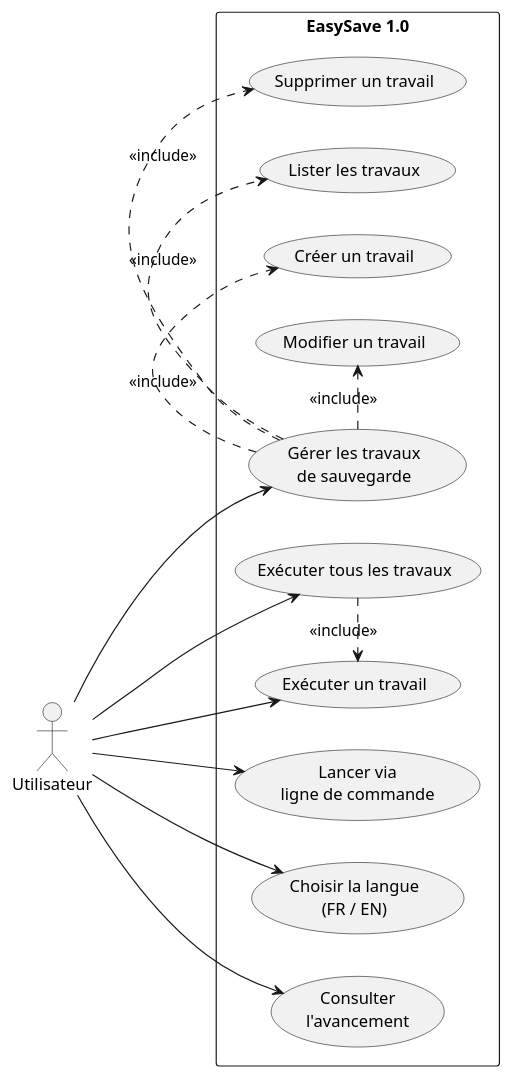
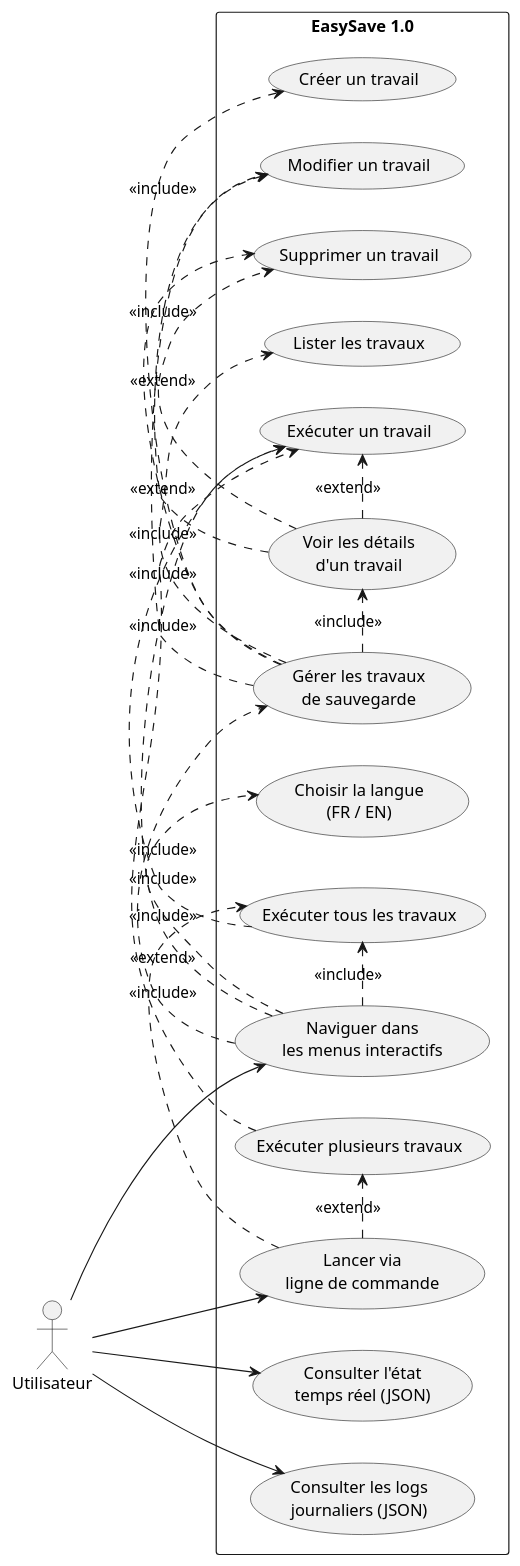
The diagram in docs/usecase.puml (ant0rbtll/EasySave), drawn with PlantUML before and after one commit. The commit also changed 4 other files, not shown here.

Commit message:
nouvel UML (#54)

```diff
--- a/docs/usecase.puml
+++ b/docs/usecase.puml
@@ -1,43 +1,61 @@
 @startuml
 left to right direction
 skinparam packageStyle rectangle
 skinparam shadowing false
 
 actor "Utilisateur" as User
 
 rectangle "EasySave 1.0" {
 
+  usecase "Naviguer dans\nles menus interactifs" as UC_Interactive
+  
   usecase "Gérer les travaux\nde sauvegarde" as UC_Manage
   usecase "Créer un travail" as UC_Create
   usecase "Modifier un travail" as UC_Edit
   usecase "Supprimer un travail" as UC_Delete
   usecase "Lister les travaux" as UC_List
+  usecase "Voir les détails\nd'un travail" as UC_Details
 
   usecase "Exécuter un travail" as UC_RunOne
+  usecase "Exécuter plusieurs travaux" as UC_RunMultiple
   usecase "Exécuter tous les travaux" as UC_RunAll
 
   usecase "Lancer via\nligne de commande" as UC_CLI
 
   usecase "Choisir la langue\n(FR / EN)" as UC_Lang
 
-  usecase "Consulter\nl'avancement" as UC_Status
+  usecase "Consulter l'état\ntemps réel (JSON)" as UC_Status
+  usecase "Consulter les logs\njournaliers (JSON)" as UC_Logs
 }
 
 ' Acteur
-User --> UC_Manage
-User --> UC_RunOne
-User --> UC_RunAll
+User --> UC_Interactive
 User --> UC_CLI
-User --> UC_Lang
 User --> UC_Status
+User --> UC_Logs
 
-' Gestion
+' Navigation interactive
+UC_Interactive .> UC_Manage : <<include>>
+UC_Interactive .> UC_Lang : <<include>>
+UC_Interactive .> UC_RunOne : <<include>>
+UC_Interactive .> UC_RunAll : <<include>>
+
+' Gestion des travaux
 UC_Manage .> UC_Create : <<include>>
 UC_Manage .> UC_Edit   : <<include>>
 UC_Manage .> UC_Delete : <<include>>
 UC_Manage .> UC_List   : <<include>>
+UC_Manage .> UC_Details : <<include>>
 
-' Exécution globale
+' Exécution
 UC_RunAll .> UC_RunOne : <<include>>
+UC_RunMultiple .> UC_RunOne : <<include>>
+UC_CLI .> UC_RunMultiple : <<extend>>
+UC_CLI .> UC_RunAll : <<extend>>
+
+' Détails et actions
+UC_Details .> UC_RunOne : <<extend>>
+UC_Details .> UC_Edit : <<extend>>
+UC_Details .> UC_Delete : <<extend>>
 
 @enduml
```
